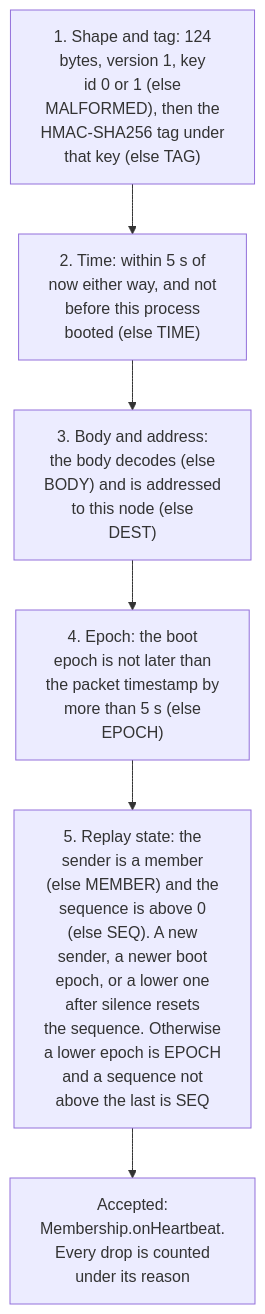
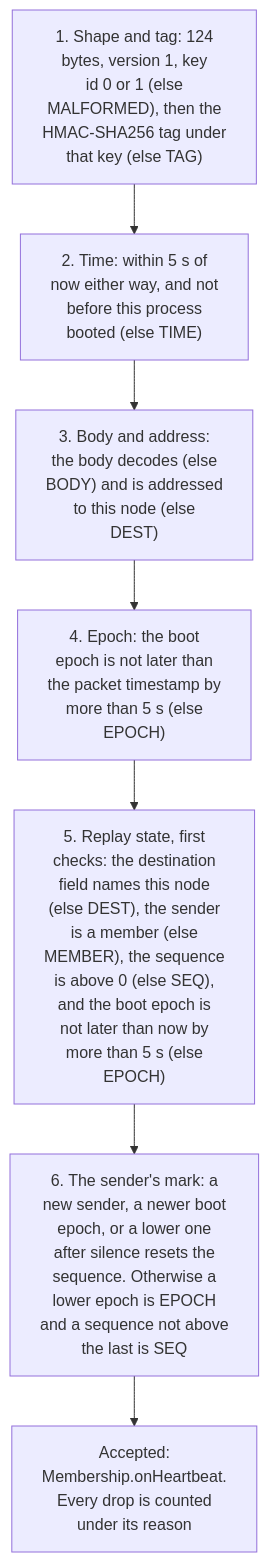
Before and after one commit to BlivionIaG/sjws_nettask: the second of 2 diagrams in docs/design/high-availability.md, drawn with Mermaid. The commit also changed other lines of this file and 19 other files, not shown here.

First line of the commit message:
docs: fix the diagrams the fact-check found imprecise

````diff
--- a/docs/design/high-availability.md
+++ b/docs/design/high-availability.md
@@ -230,10 +230,11 @@
 ```mermaid
 flowchart TB
     c1["1. Shape and tag: 124<br/>bytes, version 1, key<br/>id 0 or 1 (else<br/>MALFORMED), then the<br/>HMAC-SHA256 tag under<br/>that key (else TAG)"]
     c2["2. Time: within 5 s of<br/>now either way, and not<br/>before this process<br/>booted (else TIME)"]
     c3["3. Body and address:<br/>the body decodes (else<br/>BODY) and is addressed<br/>to this node (else<br/>DEST)"]
     c4["4. Epoch: the boot<br/>epoch is not later than<br/>the packet timestamp by<br/>more than 5 s (else<br/>EPOCH)"]
-    c5["5. Replay state: the<br/>sender is a member<br/>(else MEMBER) and the<br/>sequence is above 0<br/>(else SEQ). A new<br/>sender, a newer boot<br/>epoch, or a lower one<br/>after silence resets<br/>the sequence. Otherwise<br/>a lower epoch is EPOCH<br/>and a sequence not<br/>above the last is SEQ"]
+    c5["5. Replay state, first<br/>checks: the destination<br/>field names this node<br/>(else DEST), the sender<br/>is a member (else<br/>MEMBER), the sequence<br/>is above 0 (else SEQ),<br/>and the boot epoch is<br/>not later than now by<br/>more than 5 s (else<br/>EPOCH)"]
+    c6["6. The sender's mark: a<br/>new sender, a newer boot<br/>epoch, or a lower one<br/>after silence resets the<br/>sequence. Otherwise a<br/>lower epoch is EPOCH<br/>and a sequence not above<br/>the last is SEQ"]
     ok["Accepted:<br/>Membership.onHeartbeat.<br/>Every drop is counted<br/>under its reason"]
-    c1 --> c2 --> c3 --> c4 --> c5 --> ok
+    c1 --> c2 --> c3 --> c4 --> c5 --> c6 --> ok
 ```
````
